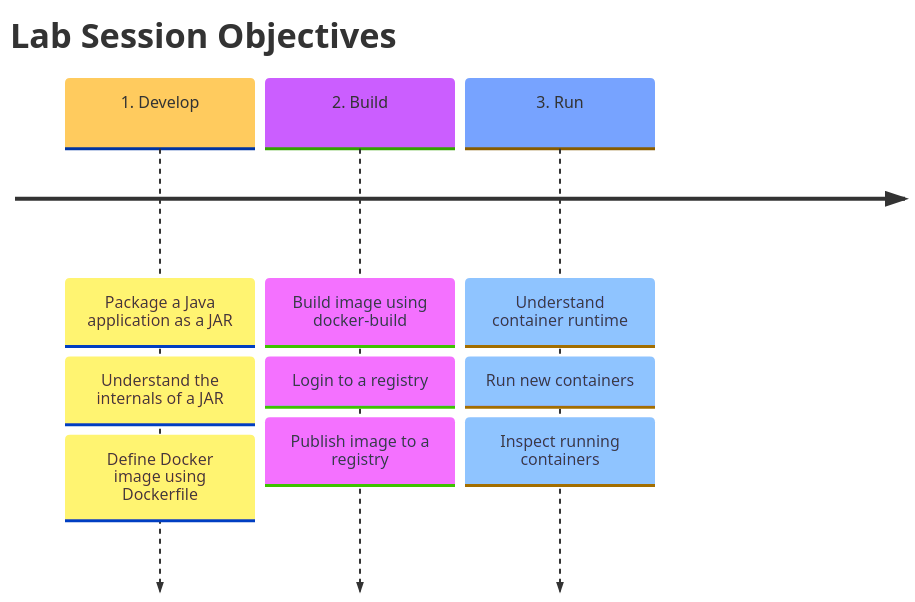
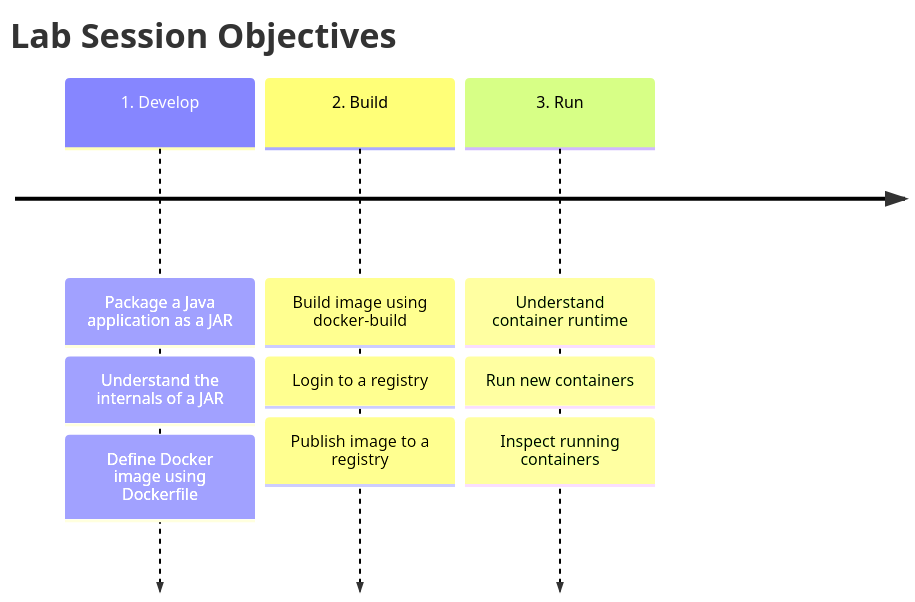
The first of 2 diagrams in docs/lab-1.md (mincong-classroom/containers), drawn with Mermaid before and after one commit. The commit also changed other lines of this file and 135 other files, not shown here.

````diff
--- a/docs/lab-1.md
+++ b/docs/lab-1.md
@@ -17,22 +17,16 @@
 ``` mermaid
-%%{
-    init: {
-        'logLevel': 'debug',
-        'theme': 'base'
-    }
-}%%
 timeline
     title Lab Session Objectives
     1. Develop
         : Package a Java application as a JAR
         : Understand the internals of a JAR
         : Define Docker image using Dockerfile
     2. Build
         : Build image using docker-build
         : Login to a registry
         : Publish image to a registry
     3. Run
         : Understand container runtime
         : Run new containers
         : Inspect running containers
 ```
````
